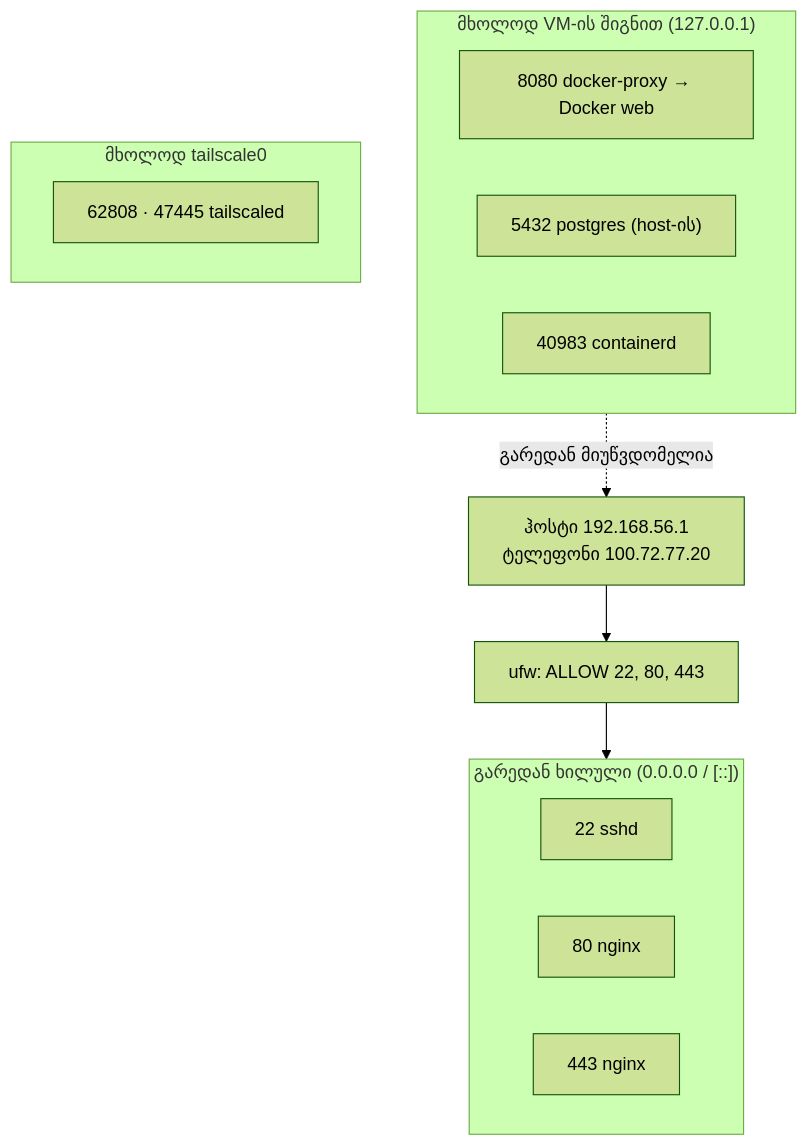
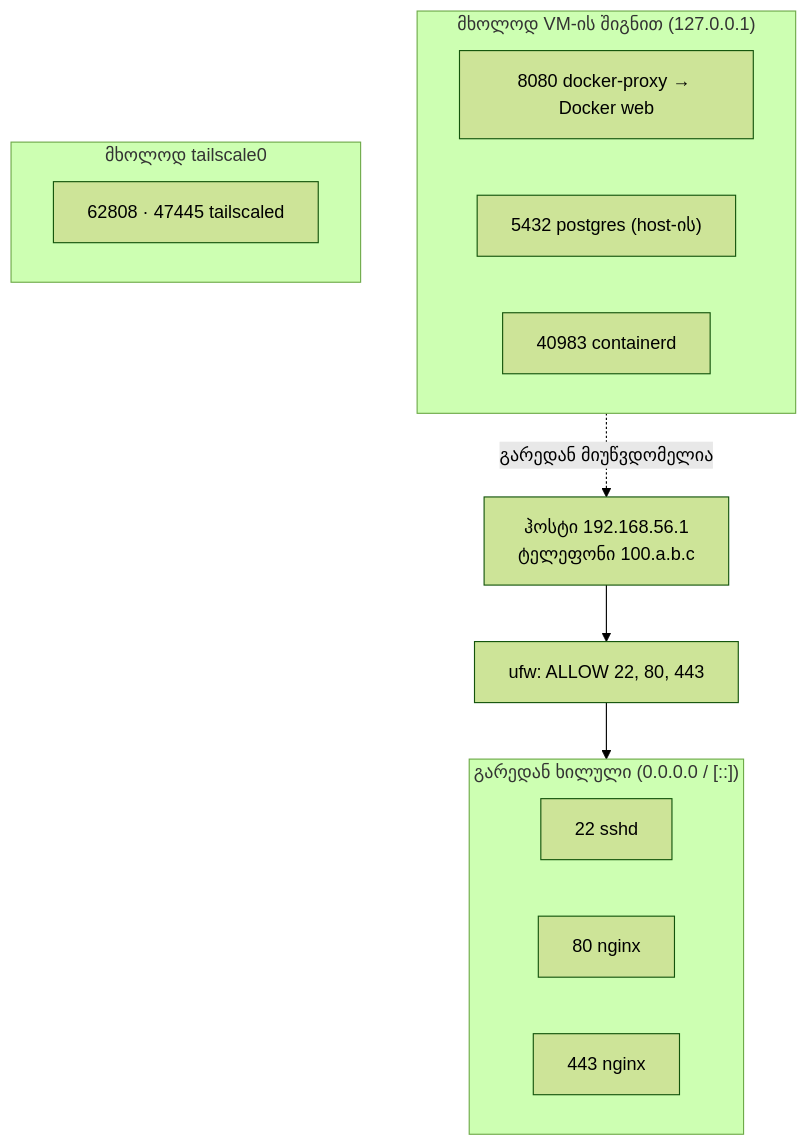
The diagram in docs/Dev_ops/Fundamentals/tasks/task22.md (GIS-Edu-Georgia/GIS_OS_Doc), drawn with Mermaid (forest theme) before and after one commit. The commit also changed other lines of this file and 5 other files, not shown here.

````diff
--- a/docs/Dev_ops/Fundamentals/tasks/task22.md
+++ b/docs/Dev_ops/Fundamentals/tasks/task22.md
@@ -189,19 +189,19 @@
 ```mermaid
 flowchart TD
     subgraph OUT["გარედან ხილული (0.0.0.0 / [::])"]
         SSH["22 sshd"]
         H80["80 nginx"]
         H443["443 nginx"]
     end
     subgraph LOCAL["მხოლოდ VM-ის შიგნით (127.0.0.1)"]
         DP["8080 docker-proxy → Docker web"]
         PG["5432 postgres (host-ის)"]
         CD["40983 containerd"]
     end
     subgraph TS["მხოლოდ tailscale0"]
         T1["62808 · 47445 tailscaled"]
     end
     UFW["ufw: ALLOW 22, 80, 443"] --> OUT
-    H["ჰოსტი 192.168.56.1<br>ტელეფონი 100.72.77.20"] --> UFW
+    H["ჰოსტი 192.168.56.1<br>ტელეფონი 100.a.b.c"] --> UFW
     LOCAL -.->|"გარედან მიუწვდომელია"| H
 ```
````
